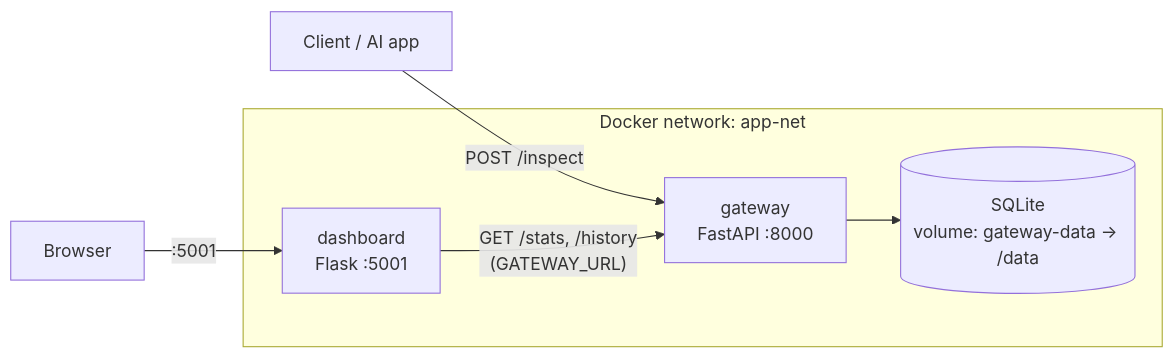
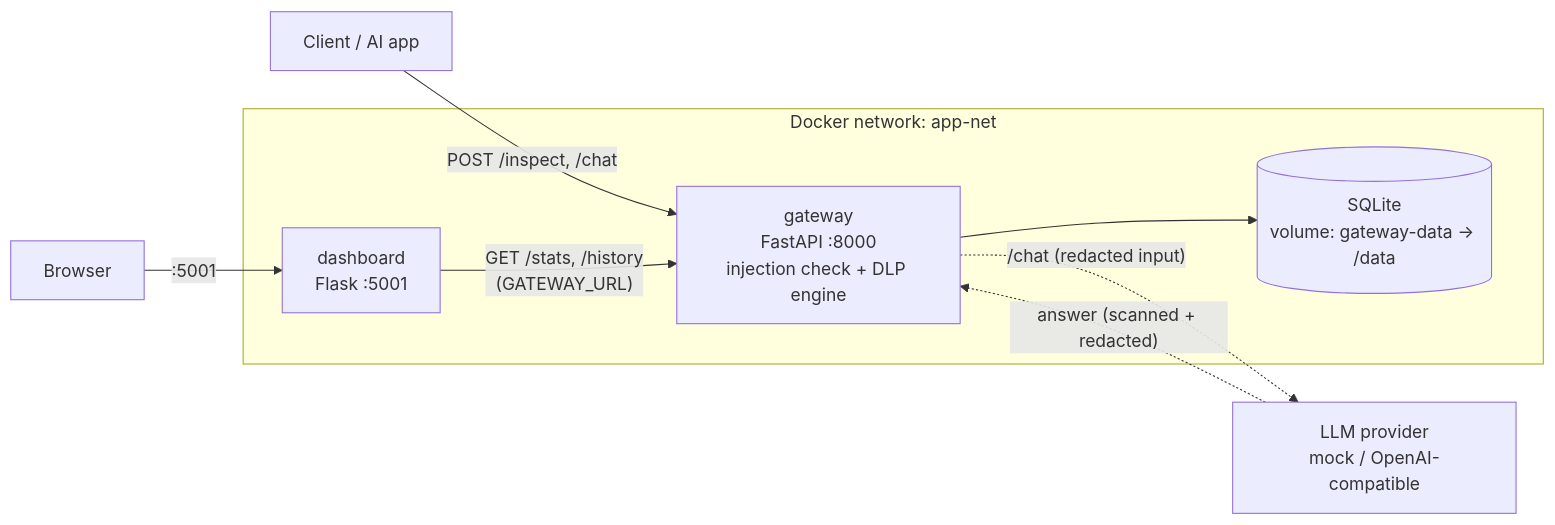
One commit to nir968/genAI-security-api changed the diagram in README.md. Above: the diagram before and after it, drawn with Mermaid. The commit also changed other lines of this file and 1 other file, not shown here.

First line of the commit message:
docs: document the DLP engine and /chat, add LLM and DLP env vars to compose

````diff
--- a/README.md
+++ b/README.md
@@ -12,10 +13,13 @@
 ```mermaid
 flowchart LR
-    Client["Client / AI app"] -- "POST /inspect" --> Gateway
+    Client["Client / AI app"] -- "POST /inspect, /chat" --> Gateway
     Browser["Browser"] -- ":5001" --> Dashboard
 
     subgraph Docker network: app-net
-        Dashboard["dashboard<br/>Flask :5001"] -- "GET /stats, /history<br/>(GATEWAY_URL)" --> Gateway["gateway<br/>FastAPI :8000"]
+        Dashboard["dashboard<br/>Flask :5001"] -- "GET /stats, /history<br/>(GATEWAY_URL)" --> Gateway["gateway<br/>FastAPI :8000<br/>injection check + DLP engine"]
         Gateway --> DB[("SQLite<br/>volume: gateway-data → /data")]
     end
+
+    Gateway -. "/chat (redacted input)" .-> LLM["LLM provider<br/>mock / OpenAI-compatible"]
+    LLM -. "answer (scanned + redacted)" .-> Gateway
 ```
````
